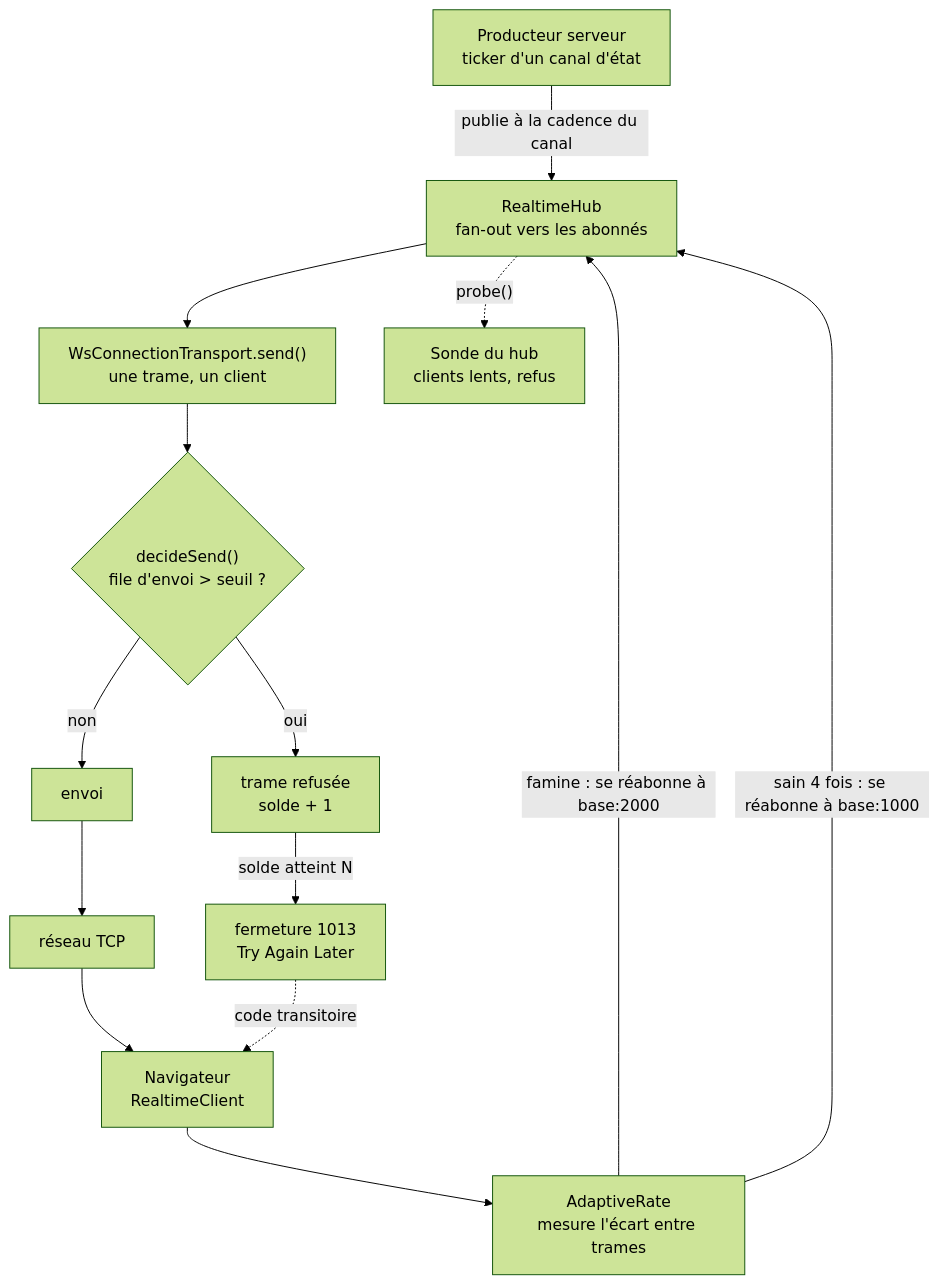
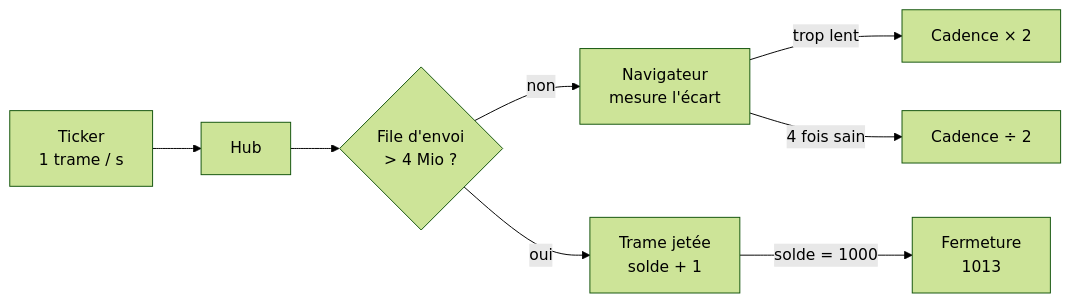
Before and after one commit to nodefony/nodefony-core: the first of 8 diagrams in src/packages/@nodefony/realtime/docs/cadence-et-contre-pression.md, drawn with Mermaid (forest theme). The commit also changed other lines of this file and 2 other files, not shown here.

````diff
--- a/src/packages/@nodefony/realtime/docs/cadence-et-contre-pression.md
+++ b/src/packages/@nodefony/realtime/docs/cadence-et-contre-pression.md
@@ -42,16 +42,10 @@
 ```mermaid
-flowchart TB
-  PROD["Producteur serveur<br/>ticker d'un canal d'état"] -->|"publie à la cadence du canal"| HUB["RealtimeHub<br/>fan-out vers les abonnés"]
-  HUB --> T["WsConnectionTransport.send()<br/>une trame, un client"]
-  T --> D{"decideSend()<br/>file d'envoi > seuil ?"}
-  D -->|"non"| SEND["envoi"]
-  D -->|"oui"| DROP["trame refusée<br/>solde + 1"]
-  DROP -->|"solde atteint N"| CLOSE["fermeture 1013<br/>Try Again Later"]
-  SEND --> NET["réseau TCP"]
-  NET --> CLI["Navigateur<br/>RealtimeClient"]
-  CLI --> AR["AdaptiveRate<br/>mesure l'écart entre trames"]
-  AR -->|"famine : se réabonne à base:2000"| HUB
-  AR -->|"sain 4 fois : se réabonne à base:1000"| HUB
-  HUB -.->|"probe()"| SONDE["Sonde du hub<br/>clients lents, refus"]
-  CLOSE -.->|"code transitoire"| CLI
+flowchart LR
+  T["Ticker<br/>1 trame / s"] --> H["Hub"]
+  H --> D{"File d'envoi<br/>> 4 Mio ?"}
+  D -->|"non"| C["Navigateur<br/>mesure l'écart"]
+  D -->|"oui"| J["Trame jetée<br/>solde + 1"]
+  J -->|"solde = 1000"| X["Fermeture<br/>1013"]
+  C -->|"trop lent"| L["Cadence × 2"]
+  C -->|"4 fois sain"| F["Cadence ÷ 2"]
 ```
````
